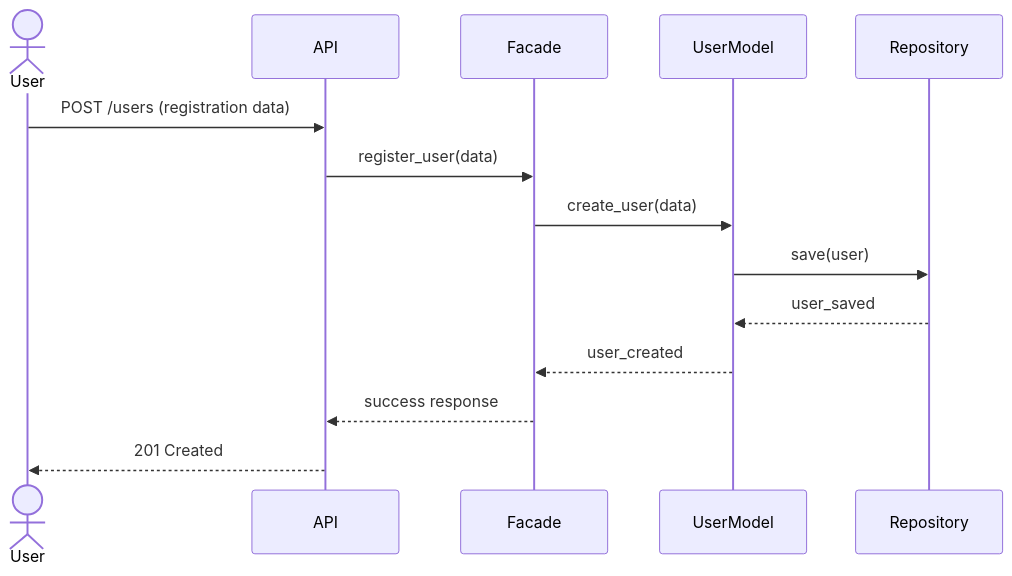
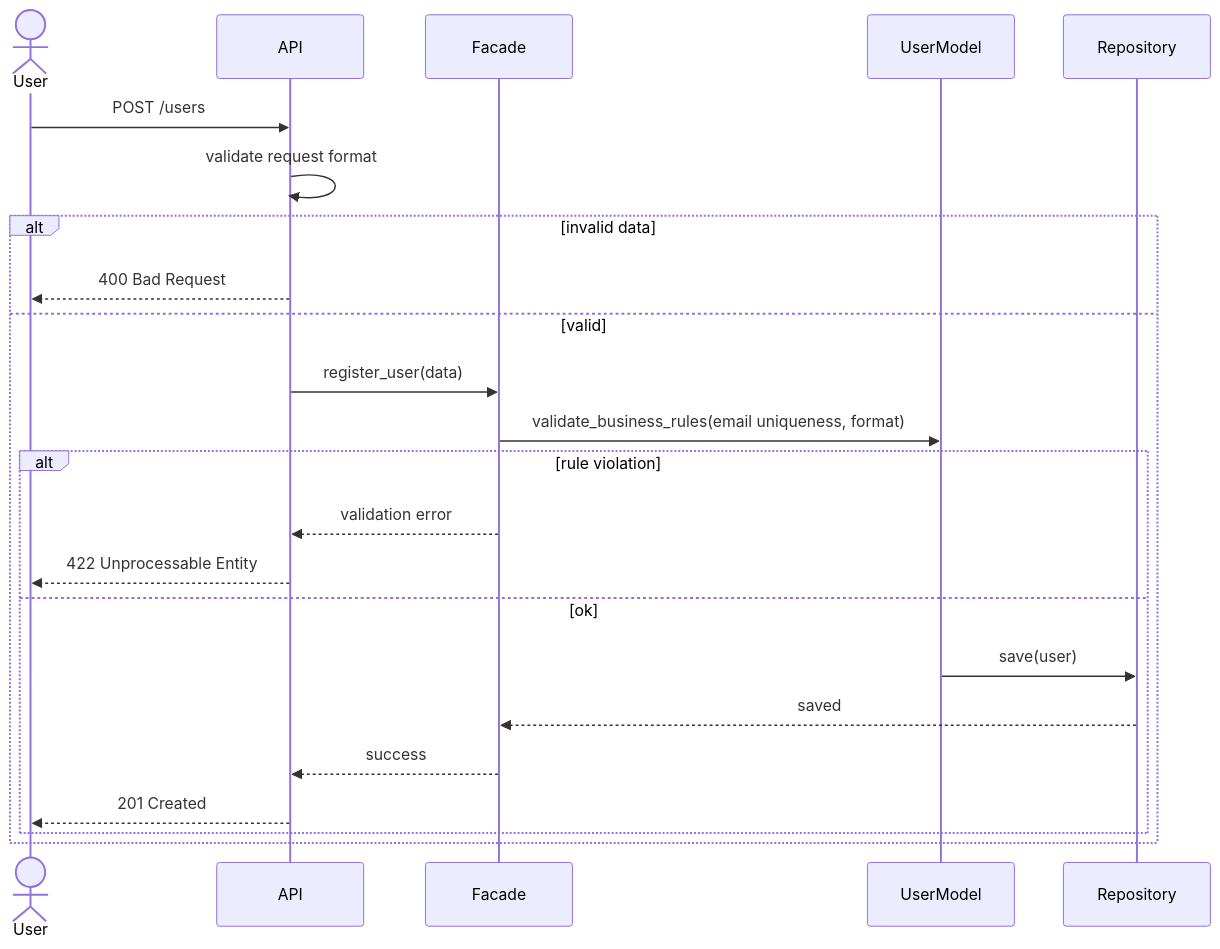
One commit to SaraEstelle/holbertonschool-hbnb changed the first of 4 diagrams in part1/Sequence-Diagrams_for_API_Calls.md. Above: the diagram before and after it, drawn with Mermaid. The commit also changed other lines of this file, not shown here.

Commit message:
diagrams_with_constraints

````diff
--- a/part1/Sequence-Diagrams_for_API_Calls.md
+++ b/part1/Sequence-Diagrams_for_API_Calls.md
@@ -14,17 +14,29 @@
 ```mermaid
 sequenceDiagram
     actor User
     participant API
     participant Facade
     participant UserModel
     participant Repository
 
-    User ->> API: POST /users (registration data)
-    API ->> Facade: register_user(data)
-    Facade ->> UserModel: create_user(data)
-    UserModel ->> Repository: save(user)
-    Repository -->> UserModel: user_saved
-    UserModel -->> Facade: user_created
-    Facade -->> API: success response
-    API -->> User: 201 Created
+    User ->> API: POST /users
+
+    API ->> API: validate request format
+
+    alt invalid data
+        API -->> User: 400 Bad Request
+    else valid
+        API ->> Facade: register_user(data)
+        Facade ->> UserModel: validate_business_rules(email uniqueness, format)
+
+        alt rule violation
+            Facade -->> API: validation error
+            API -->> User: 422 Unprocessable Entity
+        else ok
+            UserModel ->> Repository: save(user)
+            Repository -->> Facade: saved
+            Facade -->> API: success
+            API -->> User: 201 Created
+        end
+    end
 ```
````
